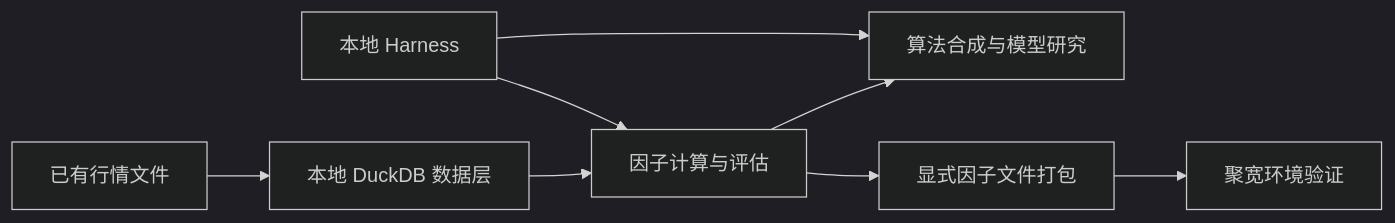
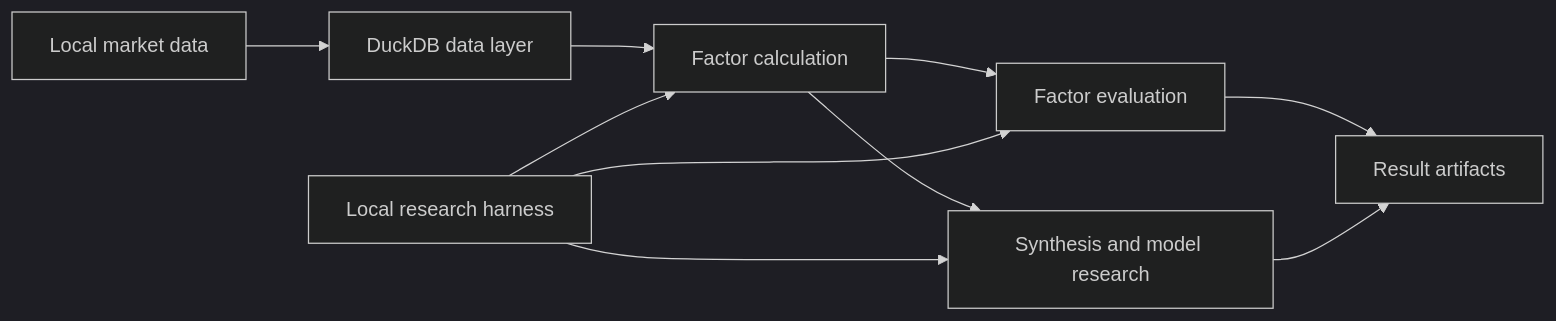
Before and after one commit to GSX-Eis/jq-factor-lab: the diagram in README.md, drawn with Mermaid (dark theme). The commit also changed other lines of this file and 1 other file, not shown here.

````diff
--- a/README.md
+++ b/README.md
@@ -19,10 +18,12 @@
 ```mermaid
 flowchart LR
-    A[已有行情文件] --> B[本地 DuckDB 数据层]
-    B --> C[因子计算与评估]
-    C --> D[算法合成与模型研究]
-    H[本地 Harness] --> C
+    A[Local market data] --> B[DuckDB data layer]
+    B --> C[Factor calculation]
+    C --> D[Factor evaluation]
+    C --> E[Synthesis and model research]
+    D --> F[Result artifacts]
+    E --> F
+    H[Local research harness] --> C
     H --> D
-    C --> E[显式因子文件打包]
-    E --> F[聚宽环境验证]
+    H --> E
 ```
````
